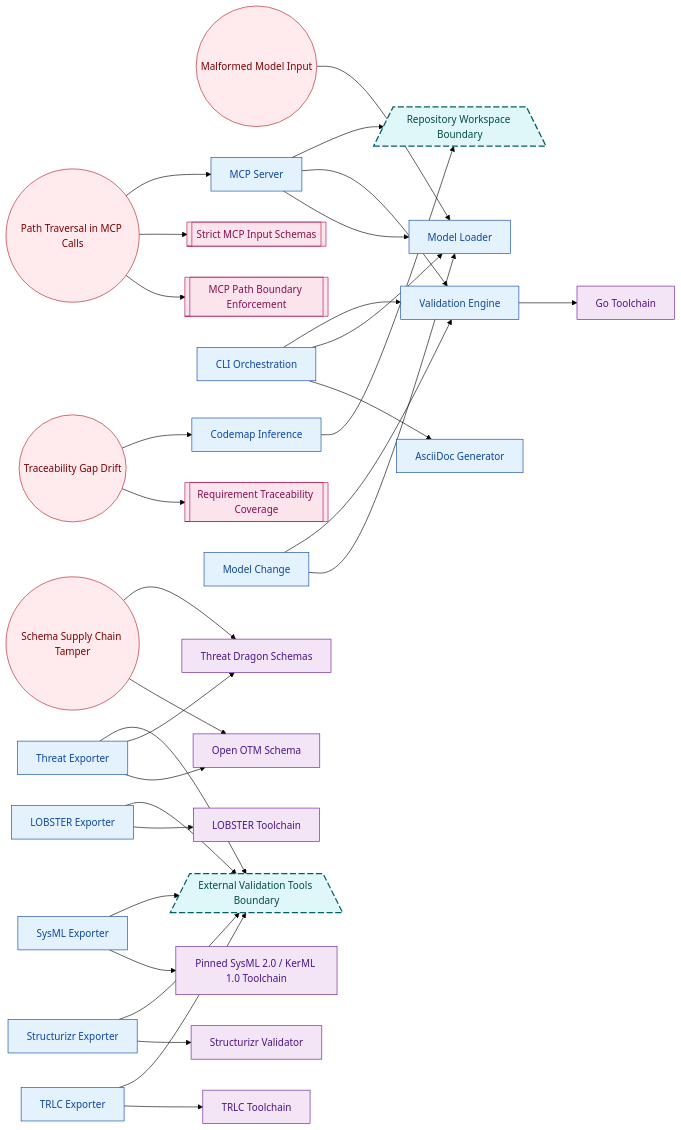
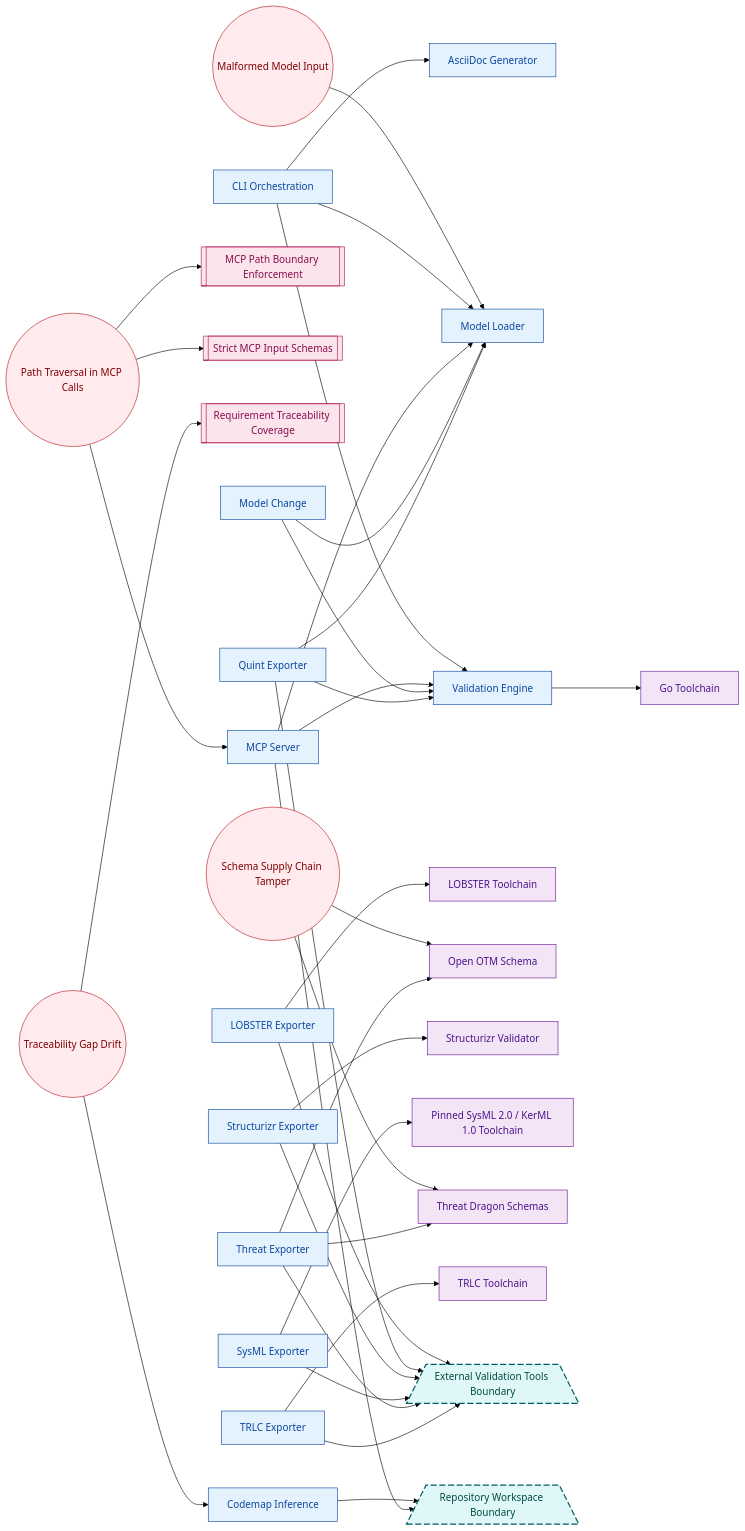
Before and after one commit to labeth/engineering-model-go: the diagram in generated/VIEW-SECURITY.mmd, drawn with Mermaid (forest theme). The commit also changed 722 other files, not shown here.

```diff
--- a/generated/VIEW-SECURITY.mmd
+++ b/generated/VIEW-SECURITY.mmd
@@ -1,80 +1,85 @@
+%%{init: {"flowchart": {"nodeSpacing": 70, "rankSpacing": 100}}}%%
 flowchart LR
 %% view: VIEW-SECURITY (security)
 N_AV_MALFORMED_MODEL_INPUT(("Malformed Model Input")):::attack_vector
 N_AV_PATH_TRAVERSAL_IN_MCP(("Path Traversal in MCP Calls")):::attack_vector
 N_AV_SCHEMA_SUPPLY_CHAIN_TAMPER(("Schema Supply Chain Tamper")):::attack_vector
 N_AV_TRACEABILITY_GAP_DRIFT(("Traceability Gap Drift")):::attack_vector
 N_CTRL_MCP_PATH_BOUNDARY[["MCP Path Boundary Enforcement"]]:::control
 N_CTRL_STRICT_MCP_INPUT_SCHEMA[["Strict MCP Input Schemas"]]:::control
 N_CTRL_TRACEABILITY_COVERAGE[["Requirement Traceability Coverage"]]:::control
 N_FU_ASCIIDOC_GENERATOR["AsciiDoc Generator"]:::functional_unit
 N_FU_CLI_ORCHESTRATION["CLI Orchestration"]:::functional_unit
 N_FU_CODEMAP_INFERENCE["Codemap Inference"]:::functional_unit
 N_FU_LOBSTER_EXPORTER["LOBSTER Exporter"]:::functional_unit
 N_FU_MCP_SERVER["MCP Server"]:::functional_unit
 N_FU_MODEL_CHANGE["Model Change"]:::functional_unit
 N_FU_MODEL_LOADER["Model Loader"]:::functional_unit
+N_FU_QUINT_EXPORTER["Quint Exporter"]:::functional_unit
 N_FU_STRUCTURIZR_EXPORTER["Structurizr Exporter"]:::functional_unit
 N_FU_SYSML_EXPORTER["SysML Exporter"]:::functional_unit
 N_FU_THREAT_EXPORTER["Threat Exporter"]:::functional_unit
 N_FU_TRLC_EXPORTER["TRLC Exporter"]:::functional_unit
 N_FU_VALIDATION_ENGINE["Validation Engine"]:::functional_unit
 N_REF_GO_TOOLCHAIN["Go Toolchain"]:::referenced_element
 N_REF_LOBSTER_TOOLCHAIN["LOBSTER Toolchain"]:::referenced_element
 N_REF_OPEN_OTM_SCHEMA["Open OTM Schema"]:::referenced_element
 N_REF_STRUCTURIZR_VALIDATOR["Structurizr Validator"]:::referenced_element
 N_REF_SYSML_V2_TOOLCHAIN["Pinned SysML 2.0 / KerML 1.0 Toolchain"]:::referenced_element
 N_REF_THREAT_DRAGON_SCHEMAS["Threat Dragon Schemas"]:::referenced_element
 N_REF_TRLC_TOOLCHAIN["TRLC Toolchain"]:::referenced_element
 N_TB_EXTERNAL_VALIDATION_TOOLS[/"External Validation Tools Boundary"\]:::trust_boundary
 N_TB_REPO_WORKSPACE[/"Repository Workspace Boundary"\]:::trust_boundary
 N_AV_MALFORMED_MODEL_INPUT --> N_FU_MODEL_LOADER
 N_AV_PATH_TRAVERSAL_IN_MCP --> N_CTRL_MCP_PATH_BOUNDARY
 N_AV_PATH_TRAVERSAL_IN_MCP --> N_CTRL_STRICT_MCP_INPUT_SCHEMA
 N_AV_PATH_TRAVERSAL_IN_MCP --> N_FU_MCP_SERVER
 N_AV_SCHEMA_SUPPLY_CHAIN_TAMPER --> N_REF_OPEN_OTM_SCHEMA
 N_AV_SCHEMA_SUPPLY_CHAIN_TAMPER --> N_REF_THREAT_DRAGON_SCHEMAS
 N_AV_TRACEABILITY_GAP_DRIFT --> N_CTRL_TRACEABILITY_COVERAGE
 N_AV_TRACEABILITY_GAP_DRIFT --> N_FU_CODEMAP_INFERENCE
 N_FU_CLI_ORCHESTRATION --> N_FU_ASCIIDOC_GENERATOR
 N_FU_CLI_ORCHESTRATION --> N_FU_MODEL_LOADER
 N_FU_CLI_ORCHESTRATION --> N_FU_VALIDATION_ENGINE
 N_FU_CODEMAP_INFERENCE --> N_TB_REPO_WORKSPACE
 N_FU_LOBSTER_EXPORTER --> N_REF_LOBSTER_TOOLCHAIN
 N_FU_LOBSTER_EXPORTER --> N_TB_EXTERNAL_VALIDATION_TOOLS
 N_FU_MCP_SERVER --> N_FU_MODEL_LOADER
 N_FU_MCP_SERVER --> N_FU_VALIDATION_ENGINE
 N_FU_MCP_SERVER --> N_TB_REPO_WORKSPACE
 N_FU_MODEL_CHANGE --> N_FU_MODEL_LOADER
 N_FU_MODEL_CHANGE --> N_FU_VALIDATION_ENGINE
+N_FU_QUINT_EXPORTER --> N_FU_MODEL_LOADER
+N_FU_QUINT_EXPORTER --> N_FU_VALIDATION_ENGINE
+N_FU_QUINT_EXPORTER --> N_TB_EXTERNAL_VALIDATION_TOOLS
 N_FU_STRUCTURIZR_EXPORTER --> N_REF_STRUCTURIZR_VALIDATOR
 N_FU_STRUCTURIZR_EXPORTER --> N_TB_EXTERNAL_VALIDATION_TOOLS
 N_FU_SYSML_EXPORTER --> N_REF_SYSML_V2_TOOLCHAIN
 N_FU_SYSML_EXPORTER --> N_TB_EXTERNAL_VALIDATION_TOOLS
 N_FU_THREAT_EXPORTER --> N_REF_OPEN_OTM_SCHEMA
 N_FU_THREAT_EXPORTER --> N_REF_THREAT_DRAGON_SCHEMAS
 N_FU_THREAT_EXPORTER --> N_TB_EXTERNAL_VALIDATION_TOOLS
 N_FU_TRLC_EXPORTER --> N_REF_TRLC_TOOLCHAIN
 N_FU_TRLC_EXPORTER --> N_TB_EXTERNAL_VALIDATION_TOOLS
 N_FU_VALIDATION_ENGINE --> N_REF_GO_TOOLCHAIN
 classDef system_boundary fill:#f5f5f5,stroke:#424242,stroke-width:2px,color:#212121;
 classDef functional_group fill:#e8f5e9,stroke:#1b5e20,stroke-width:1px,color:#1b5e20;
 classDef functional_unit fill:#e3f2fd,stroke:#0d47a1,stroke-width:1px,color:#0d47a1;
 classDef actor fill:#fff8e1,stroke:#ef6c00,stroke-width:1px,color:#bf360c;
 classDef attack_vector fill:#ffebee,stroke:#b71c1c,stroke-width:1px,color:#7f0000;
 classDef referenced_element fill:#f3e5f5,stroke:#6a1b9a,stroke-width:1px,color:#4a148c;
 classDef interface fill:#e8f5e9,stroke:#2e7d32,stroke-width:2px,stroke-dasharray: 6 3,color:#1b5e20;
 classDef data_object fill:#fff3e0,stroke:#ef6c00,stroke-width:2px,stroke-dasharray: 2 2,color:#e65100;
 classDef deployment_target fill:#ede7f6,stroke:#5e35b1,stroke-width:1px,color:#4527a0;
 classDef control fill:#fce4ec,stroke:#ad1457,stroke-width:1px,color:#880e4f;
 classDef trust_boundary fill:#e0f7fa,stroke:#006064,stroke-width:2px,stroke-dasharray: 10 4,color:#004d40;
 classDef state fill:#e1f5fe,stroke:#0277bd,stroke-width:1px,color:#01579b;
 classDef event fill:#fffde7,stroke:#f9a825,stroke-width:1px,color:#f57f17;
 classDef flow fill:#ede7f6,stroke:#4527a0,stroke-width:2px,color:#311b92;
 classDef flow_step fill:#f1f8e9,stroke:#33691e,stroke-width:2px,color:#1b5e20;
 classDef requirement fill:#fffde7,stroke:#f9a825,stroke-width:1px,color:#7f6000;
 classDef verification fill:#fce4ec,stroke:#ad1457,stroke-width:1px,color:#880e4f;
 classDef runtime_element fill:#b2ebf2,stroke:#00838f,stroke-width:1px,color:#006064;
 classDef deployment_element fill:#d7ccc8,stroke:#4e342e,stroke-width:1px,color:#2f1b14;
 classDef code_element fill:#eeeeee,stroke:#616161,stroke-width:1px,color:#212121;
 classDef unknown fill:#ffffff,stroke:#adb5bd,stroke-width:1px,color:#4f5b62;
```
